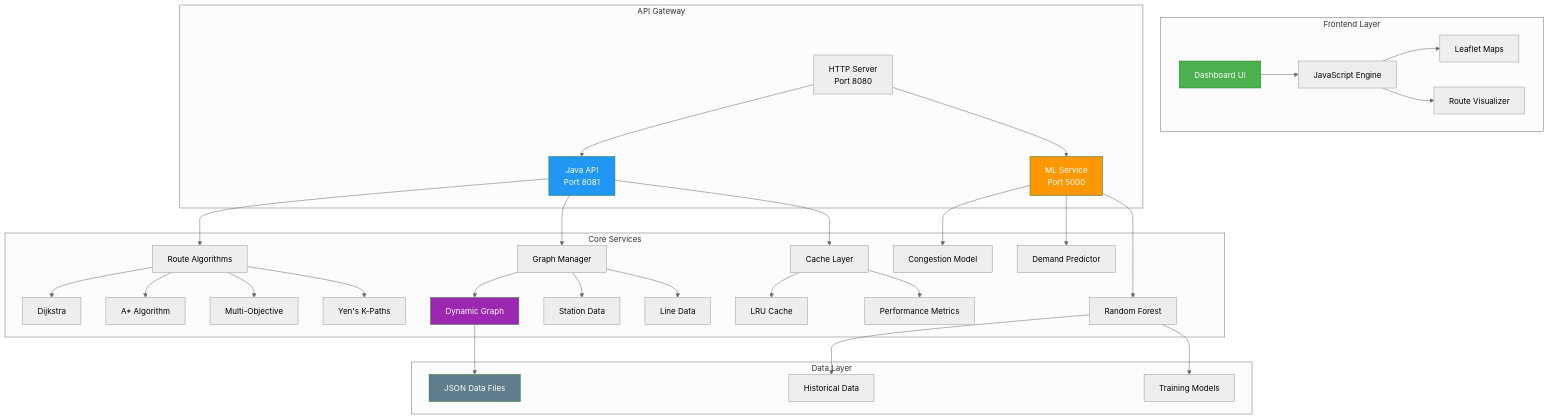
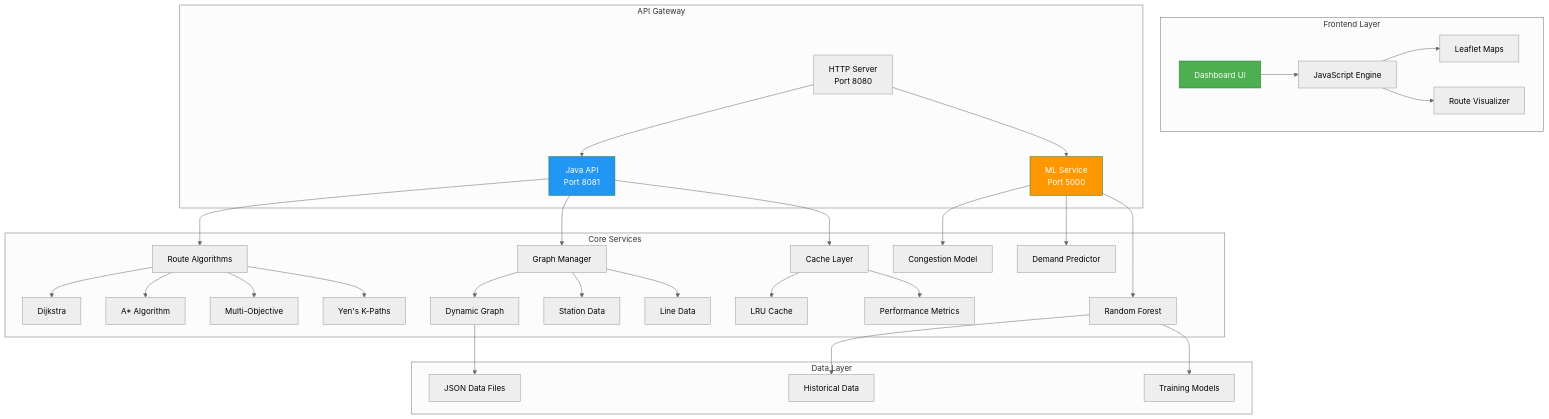
The diagram in README.md (prachichoudhary2004/intelligent-metro-route-optimization), drawn with Mermaid (neutral theme) before and after one commit. The commit also changed other lines of this file, not shown here.

````diff
--- a/README.md
+++ b/README.md
@@ -65,47 +65,45 @@
 ```mermaid
 graph TB
     subgraph "Frontend Layer"
         A[Dashboard UI] --> B[JavaScript Engine]
         B --> C[Leaflet Maps]
         B --> D[Route Visualizer]
     end
     
     subgraph "API Gateway"
         E[HTTP Server<br/>Port 8080] --> F[Java API<br/>Port 8081]
         E --> G[ML Service<br/>Port 5000]
     end
     
     subgraph "Core Services"
         F --> H[Route Algorithms]
         F --> I[Graph Manager]
         F --> J[Cache Layer]
         
         H --> K[Dijkstra]
         H --> L[A* Algorithm]
         H --> M[Multi-Objective]
         H --> N[Yen's K-Paths]
         
         I --> O[Dynamic Graph]
         I --> P[Station Data]
         I --> Q[Line Data]
         
         J --> R[LRU Cache]
         J --> S[Performance Metrics]
         
         G --> T[Random Forest]
         G --> U[Congestion Model]
         G --> V[Demand Predictor]
     end
     
     subgraph "Data Layer"
         O --> W[JSON Data Files]
         T --> X[Historical Data]
         T --> Y[Training Models]
     end
     
     style A fill:#4CAF50,stroke:#2E7D32,color:#fff
     style F fill:#2196F3,stroke:#2E7D32,color:#fff
     style G fill:#FF9800,stroke:#2E7D32,color:#fff
-    style O fill:#9C27B0,stroke:#2E7D32,color:#fff
-    style W fill:#607D8B,stroke:#2E7D32,color:#fff
 ```
````
